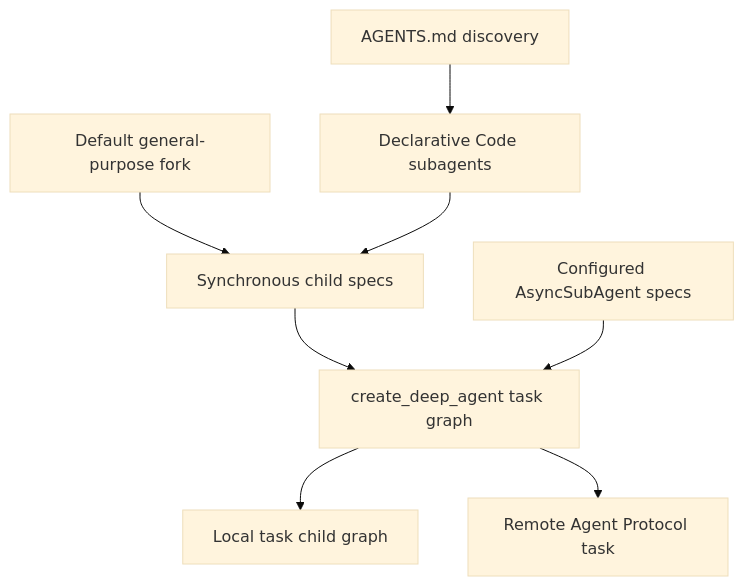
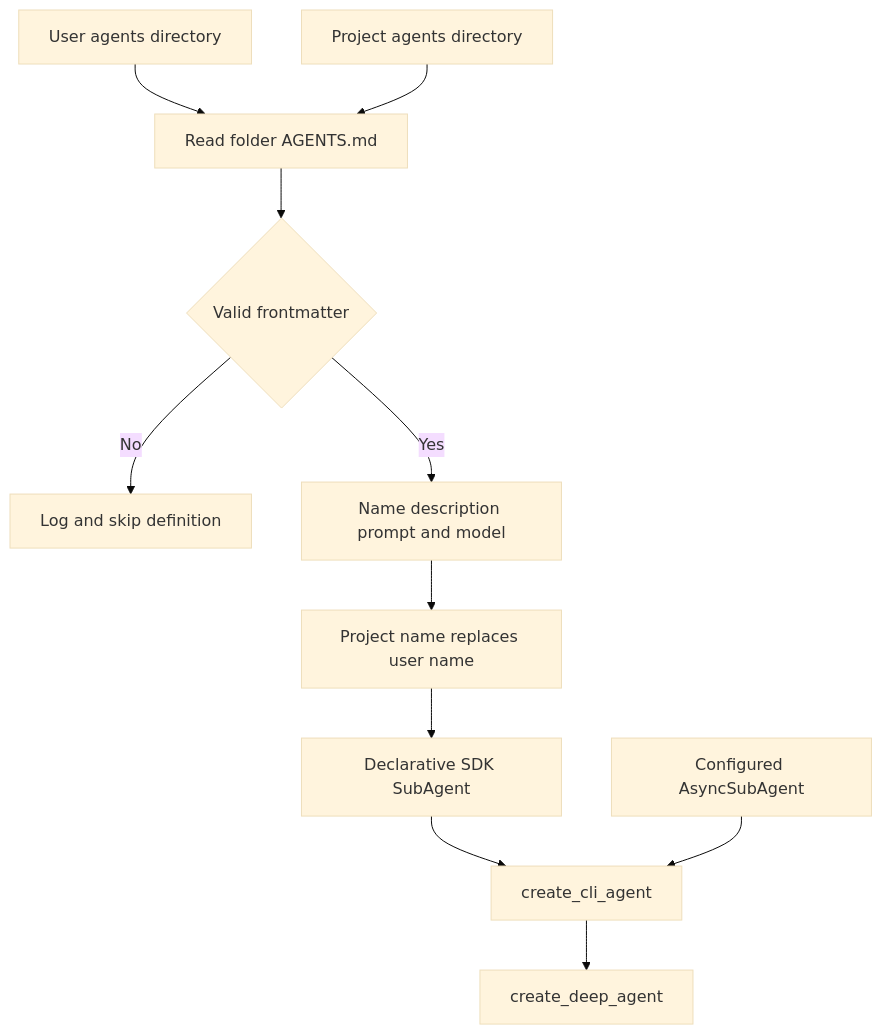
The first of 2 diagrams in openwiki/concepts/subagents-skills.md (langchain-ai/deepagents), drawn with Mermaid (base theme) before and after one commit. The commit also changed other lines of this file and 33 other files, not shown here.

````diff
--- a/openwiki/concepts/subagents-skills.md
+++ b/openwiki/concepts/subagents-skills.md
@@ -76,10 +53,13 @@
 ```mermaid
 flowchart TD
-    Discovery["AGENTS.md discovery"] --> Declarative["Declarative Code subagents"]
-    General["Default general-purpose fork"] --> LocalList["Synchronous child specs"]
-    Declarative --> LocalList
-    LocalList --> SDK["create_deep_agent task graph"]
-    Remote["Configured AsyncSubAgent specs"] --> SDK
-    SDK --> LocalTask["Local task child graph"]
-    SDK --> RemoteTask["Remote Agent Protocol task"]
+    User["User agents directory"] --> Load["Read folder AGENTS.md"]
+    Project["Project agents directory"] --> Load
+    Load --> Validate{"Valid frontmatter"}
+    Validate -->|No| Skip["Log and skip definition"]
+    Validate -->|Yes| Metadata["Name description prompt and model"]
+    Metadata --> Merge["Project name replaces user name"]
+    Merge --> Child["Declarative SDK SubAgent"]
+    Child --> Assemble["create_cli_agent"]
+    Remote["Configured AsyncSubAgent"] --> Assemble
+    Assemble --> SDK["create_deep_agent"]
 ```
````
